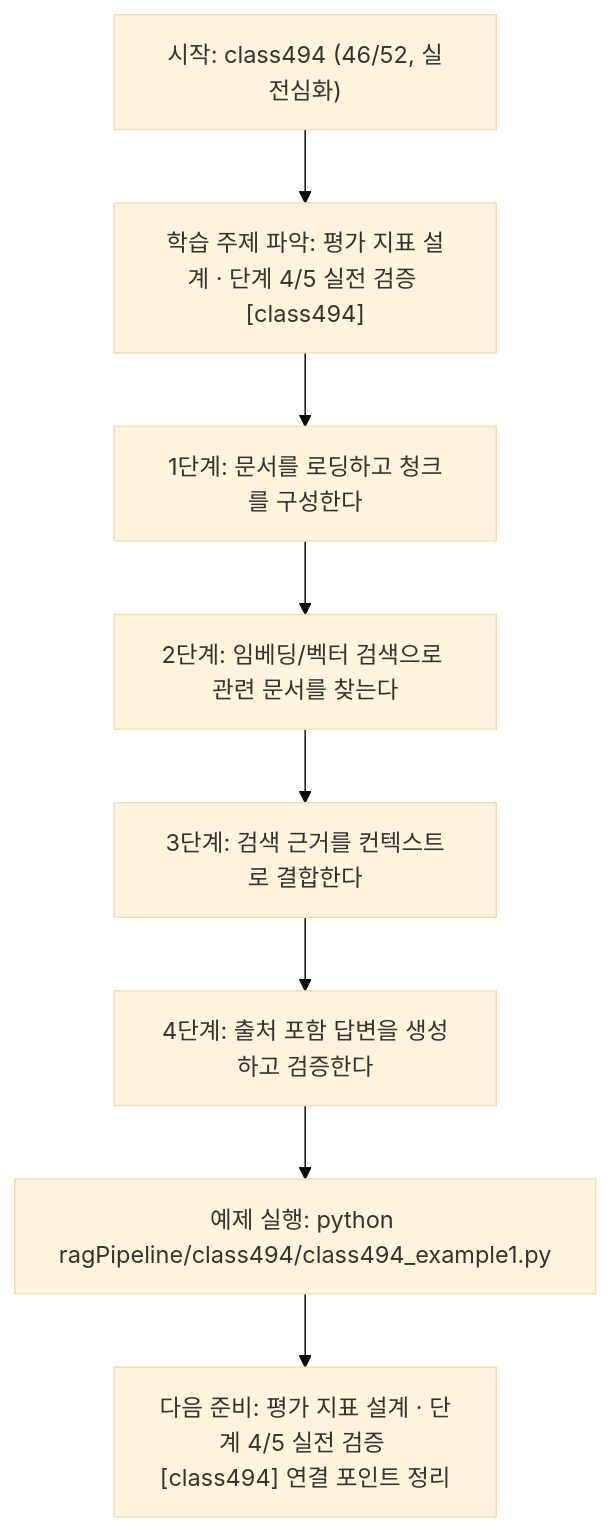
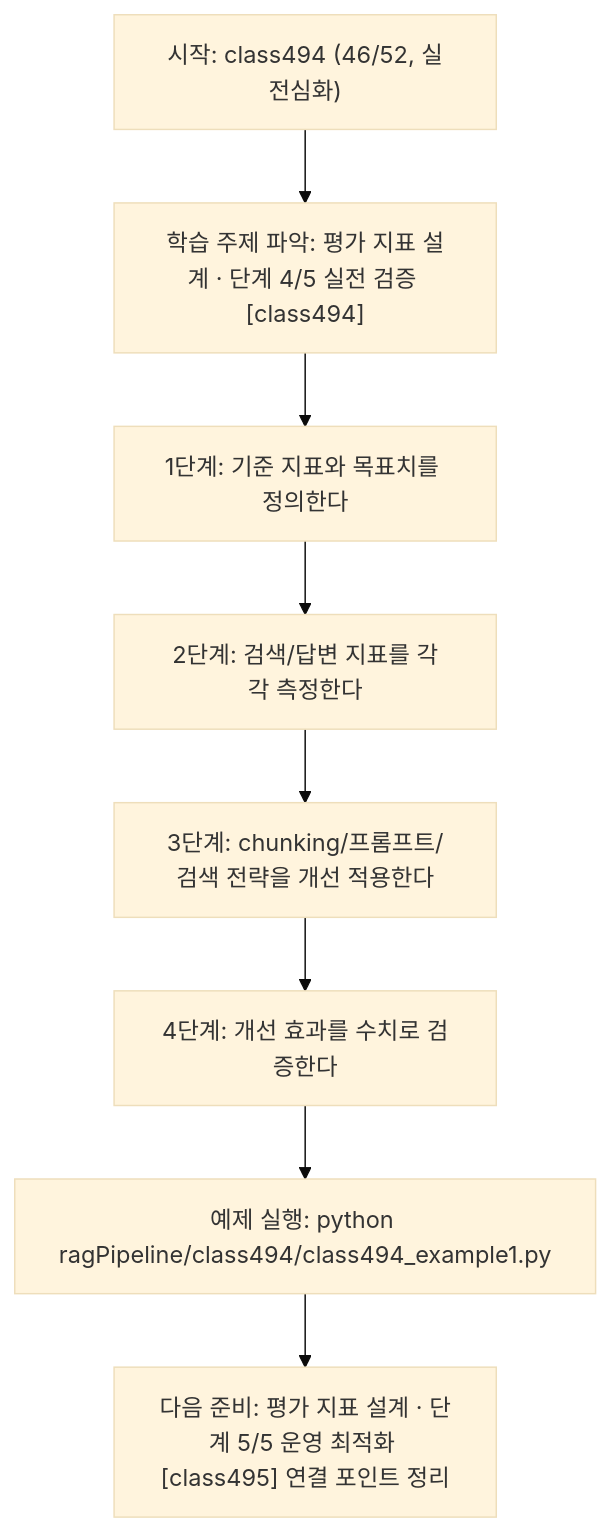
The diagram in ragPipeline/class494/class494.md (edumgt/Python-AI_Agent-Class), drawn with Mermaid (base theme) before and after one commit. The commit also changed other lines of this file and 367 other files, not shown here.

````diff
--- a/ragPipeline/class494/class494.md
+++ b/ragPipeline/class494/class494.md
@@ -111,18 +92,18 @@
 ```mermaid
 flowchart TD
 N1["시작: class494 (46/52, 실전심화)"]
 N2["학습 주제 파악: 평가 지표 설계 · 단계 4/5 실전 검증 [class494]"]
-N3["1단계: 문서를 로딩하고 청크를 구성한다"]
-N4["2단계: 임베딩/벡터 검색으로 관련 문서를 찾는다"]
-N5["3단계: 검색 근거를 컨텍스트로 결합한다"]
-N6["4단계: 출처 포함 답변을 생성하고 검증한다"]
+N3["1단계: 기준 지표와 목표치를 정의한다"]
+N4["2단계: 검색/답변 지표를 각각 측정한다"]
+N5["3단계: chunking/프롬프트/검색 전략을 개선 적용한다"]
+N6["4단계: 개선 효과를 수치로 검증한다"]
 N7["예제 실행: python ragPipeline/class494/class494_example1.py"]
-N8["다음 준비: 평가 지표 설계 · 단계 4/5 실전 검증 [class494] 연결 포인트 정리"]
+N8["다음 준비: 평가 지표 설계 · 단계 5/5 운영 최적화 [class495] 연결 포인트 정리"]
 N1 --> N2
 N2 --> N3
 N3 --> N4
 N4 --> N5
 N5 --> N6
 N6 --> N7
 N7 --> N8
 ```
````
